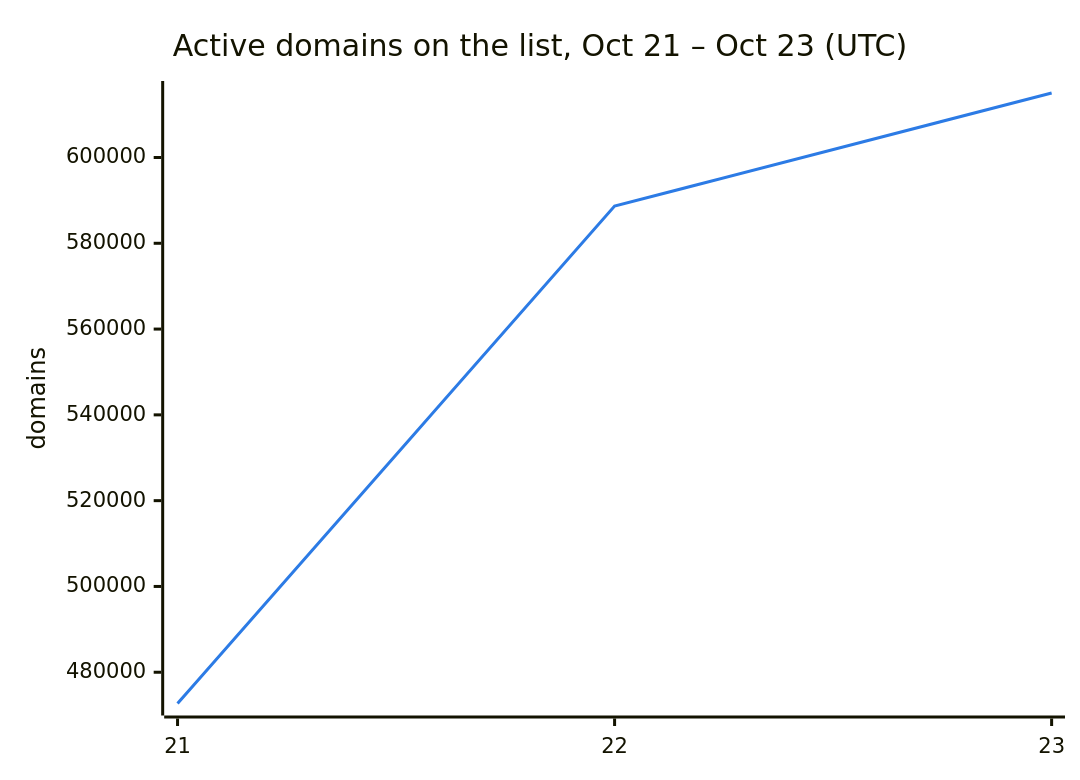
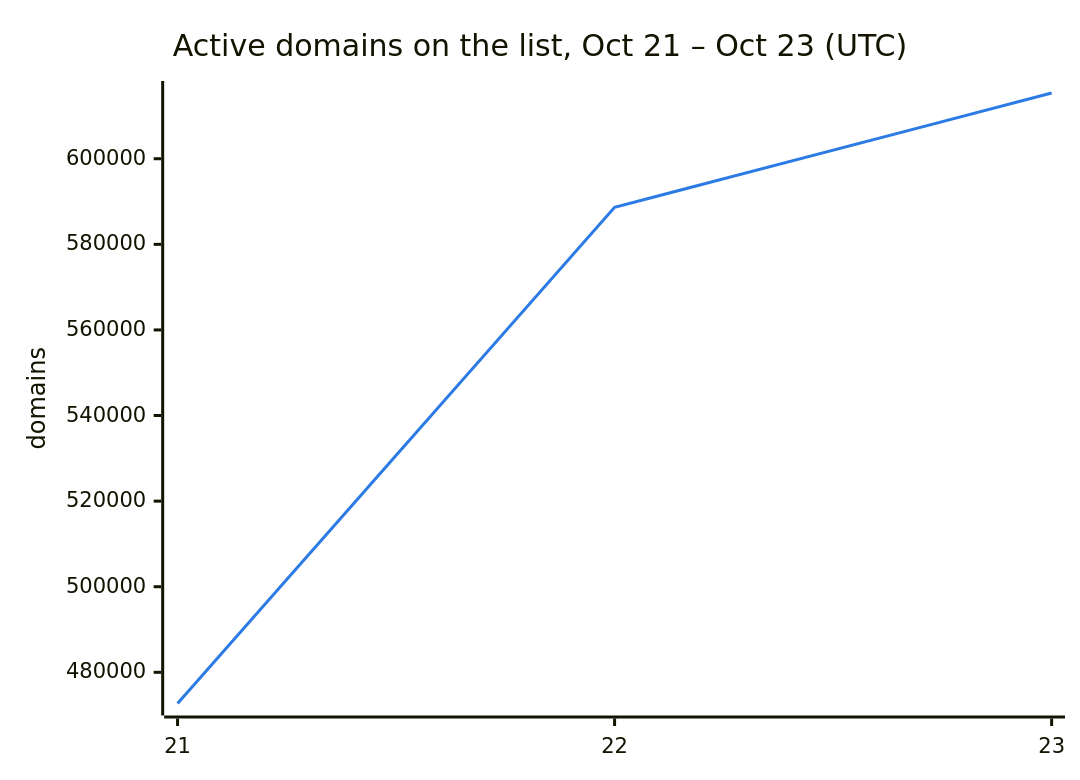
The second of 3 diagrams in README.md (DNSBunker/CTI), drawn with Mermaid before and after one commit. The commit also changed other lines of this file and 3 other files, not shown here.

````diff
--- a/README.md
+++ b/README.md
@@ -38,8 +38,8 @@
 ```mermaid
 %%{init: {"themeVariables": {"xyChart": {"plotColorPalette": "#2c7be5"}}}}%%
 xychart-beta
     title "Active domains on the list, Oct 21 – Oct 23 (UTC)"
     x-axis ["21", "22", "23"]
     y-axis "domains"
-    line [472713, 588659, 615033]
+    line [472713, 588659, 615360]
 ```
````
